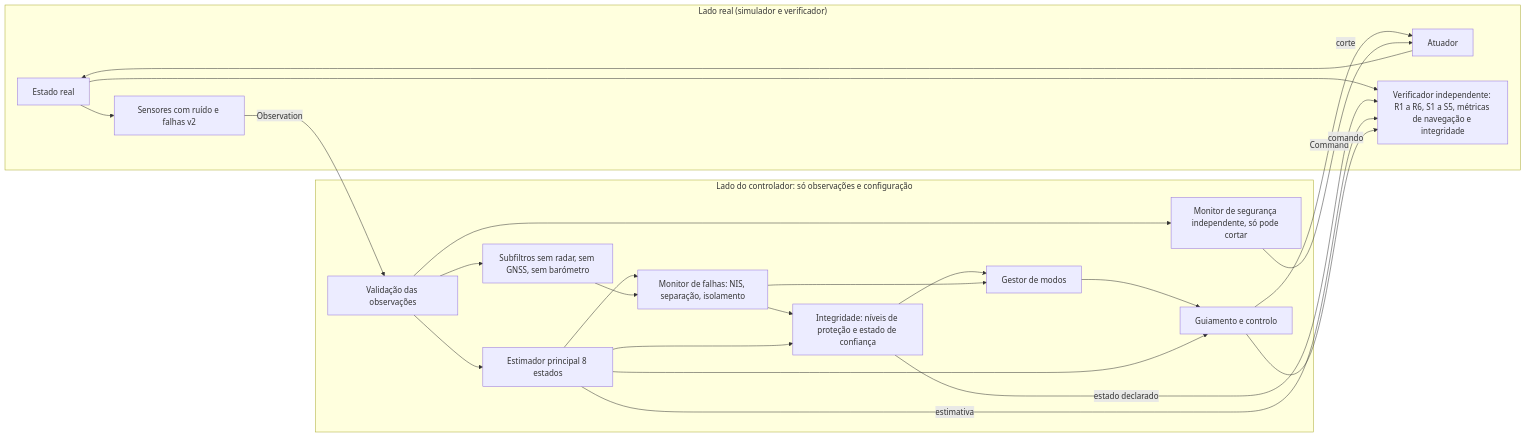
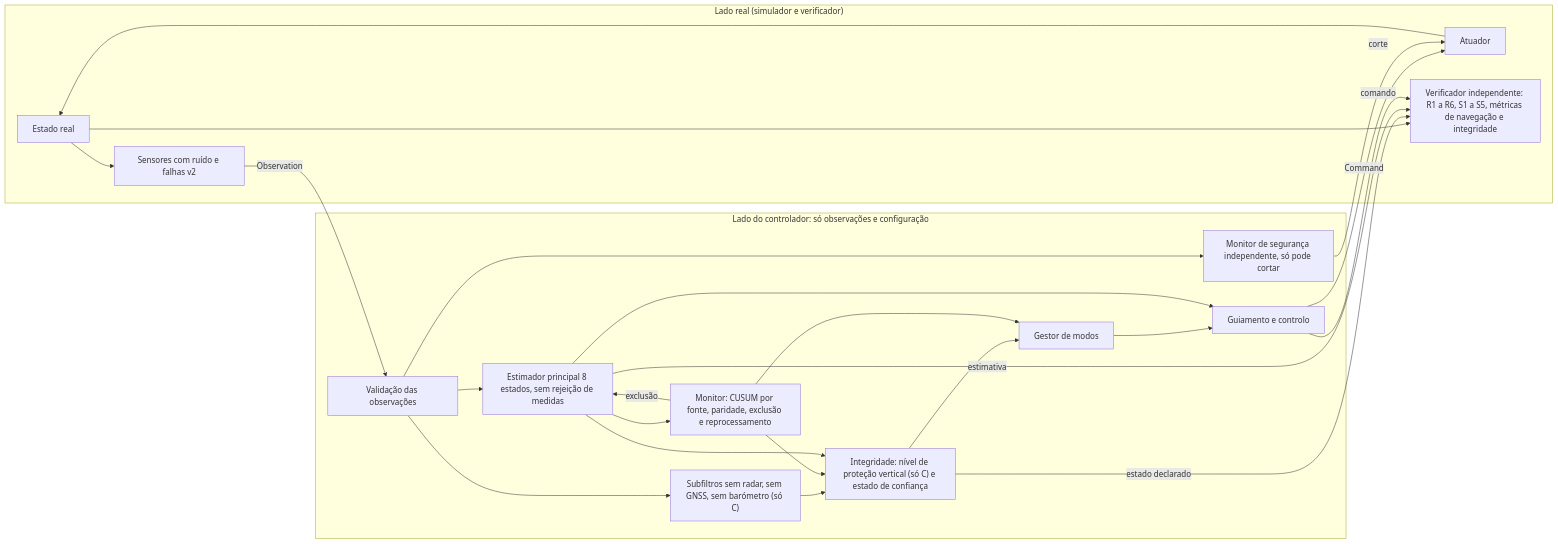
Before and after one commit to DoArtMonteiro/autonomous-systems-vv-lab: the diagram in docs/m10-resilient-navigation.md, drawn with Mermaid. The commit also changed other lines of this file and 4 other files, not shown here.

First line of the commit message:
docs: revise the M10 study after independent review: ungated filter, CUSUM and parity FDI, barometer gate and closed primary family

````diff
--- a/docs/m10-resilient-navigation.md
+++ b/docs/m10-resilient-navigation.md
@@ -357,39 +468,40 @@
 ```mermaid
 flowchart LR
     subgraph REAL["Lado real (simulador e verificador)"]
         TRUTH["Estado real"]
         SENS["Sensores com ruído e falhas v2"]
         ACT["Atuador"]
         VERIF["Verificador independente: R1 a R6, S1 a S5, métricas de navegação e integridade"]
     end
     subgraph CTRL["Lado do controlador: só observações e configuração"]
         VAL["Validação das observações"]
-        EST["Estimador principal 8 estados"]
-        SUB["Subfiltros sem radar, sem GNSS, sem barómetro"]
-        FDI["Monitor de falhas: NIS, separação, isolamento"]
-        INT["Integridade: níveis de proteção e estado de confiança"]
+        EST["Estimador principal 8 estados, sem rejeição de medidas"]
+        SUB["Subfiltros sem radar, sem GNSS, sem barómetro (só C)"]
+        FDI["Monitor: CUSUM por fonte, paridade, exclusão e reprocessamento"]
+        INT["Integridade: nível de proteção vertical (só C) e estado de confiança"]
         MODE["Gestor de modos"]
         GUID["Guiamento e controlo"]
         SAFE["Monitor de segurança independente, só pode cortar"]
     end
     TRUTH --> SENS
     SENS -->|"Observation"| VAL
     VAL --> EST
     VAL --> SUB
     EST --> FDI
-    SUB --> FDI
+    FDI -->|"exclusão"| EST
+    SUB --> INT
     FDI --> INT
     EST --> INT
     INT --> MODE
     FDI --> MODE
     MODE --> GUID
     EST --> GUID
     GUID -->|"Command"| ACT
     VAL --> SAFE
     SAFE -->|"corte"| ACT
     ACT --> TRUTH
     TRUTH --> VERIF
     INT -->|"estado declarado"| VERIF
     EST -->|"estimativa"| VERIF
     GUID -->|"comando"| VERIF
 ```
````
